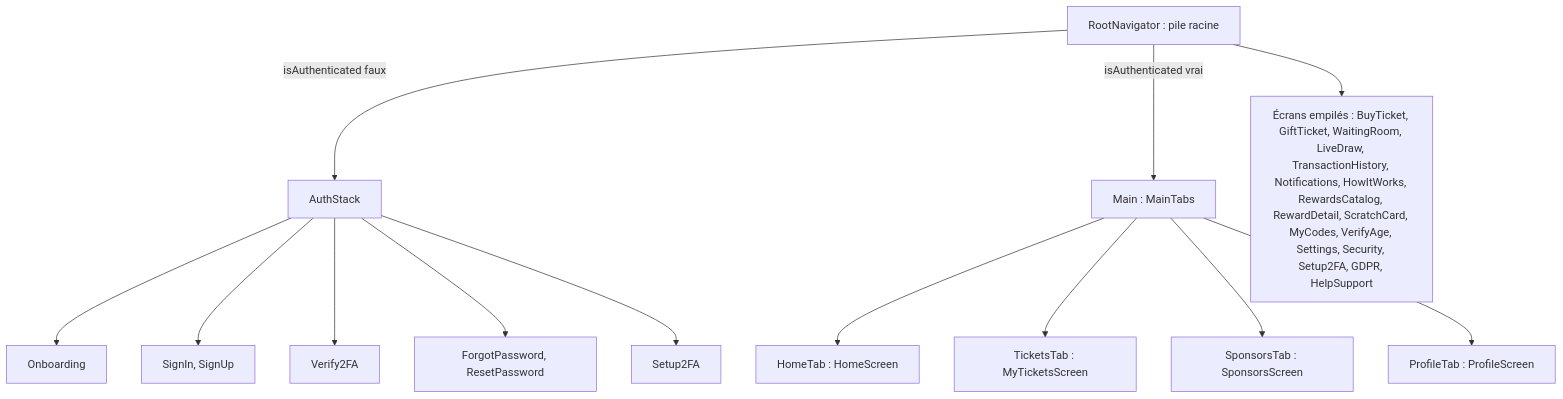
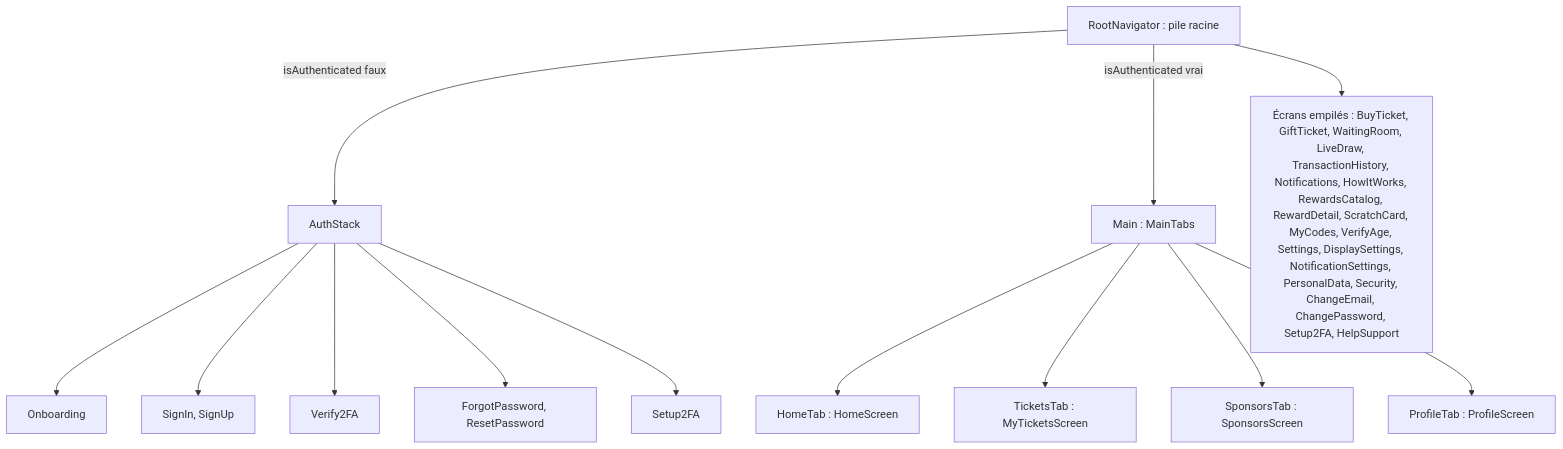
The first of 2 diagrams in documentation-officielle/content/mobile/navigation-ecrans.md (MarceauTDML/BlockLucky), drawn with Mermaid before and after one commit. The commit also changed other lines of this file and 116 other files, not shown here.

````diff
--- a/documentation-officielle/content/mobile/navigation-ecrans.md
+++ b/documentation-officielle/content/mobile/navigation-ecrans.md
@@ -16,15 +16,15 @@
 ```mermaid
 flowchart TD
   ROOT["RootNavigator : pile racine"] -->|"isAuthenticated faux"| AUTH["AuthStack"]
   ROOT -->|"isAuthenticated vrai"| MAIN["Main : MainTabs"]
-  ROOT --> PUSH["Écrans empilés : BuyTicket, GiftTicket, WaitingRoom, LiveDraw, TransactionHistory, Notifications, HowItWorks, RewardsCatalog, RewardDetail, ScratchCard, MyCodes, VerifyAge, Settings, Security, Setup2FA, GDPR, HelpSupport"]
+  ROOT --> PUSH["Écrans empilés : BuyTicket, GiftTicket, WaitingRoom, LiveDraw, TransactionHistory, Notifications, HowItWorks, RewardsCatalog, RewardDetail, ScratchCard, MyCodes, VerifyAge, Settings, DisplaySettings, NotificationSettings, PersonalData, Security, ChangeEmail, ChangePassword, Setup2FA, HelpSupport"]
   AUTH --> A1["Onboarding"]
   AUTH --> A2["SignIn, SignUp"]
   AUTH --> A3["Verify2FA"]
   AUTH --> A4["ForgotPassword, ResetPassword"]
   AUTH --> A5["Setup2FA"]
   MAIN --> T1["HomeTab : HomeScreen"]
   MAIN --> T2["TicketsTab : MyTicketsScreen"]
   MAIN --> T3["SponsorsTab : SponsorsScreen"]
   MAIN --> T4["ProfileTab : ProfileScreen"]
 ```
````
